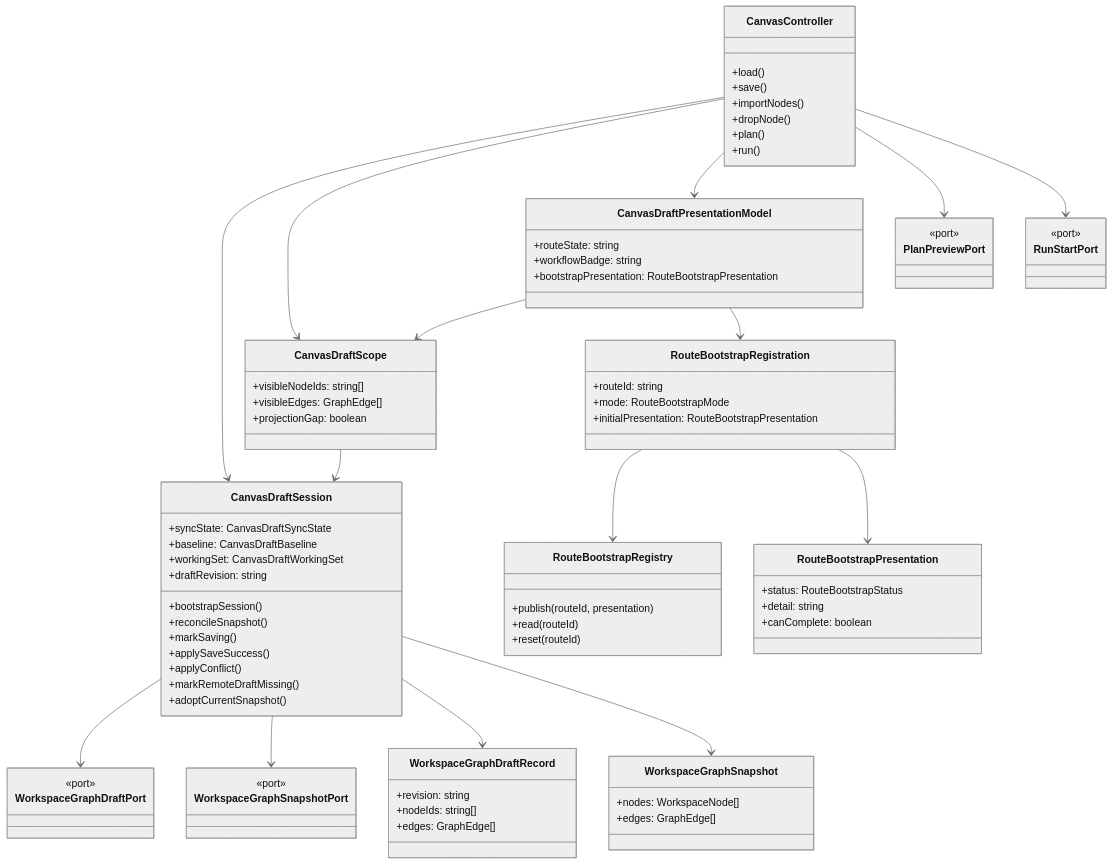
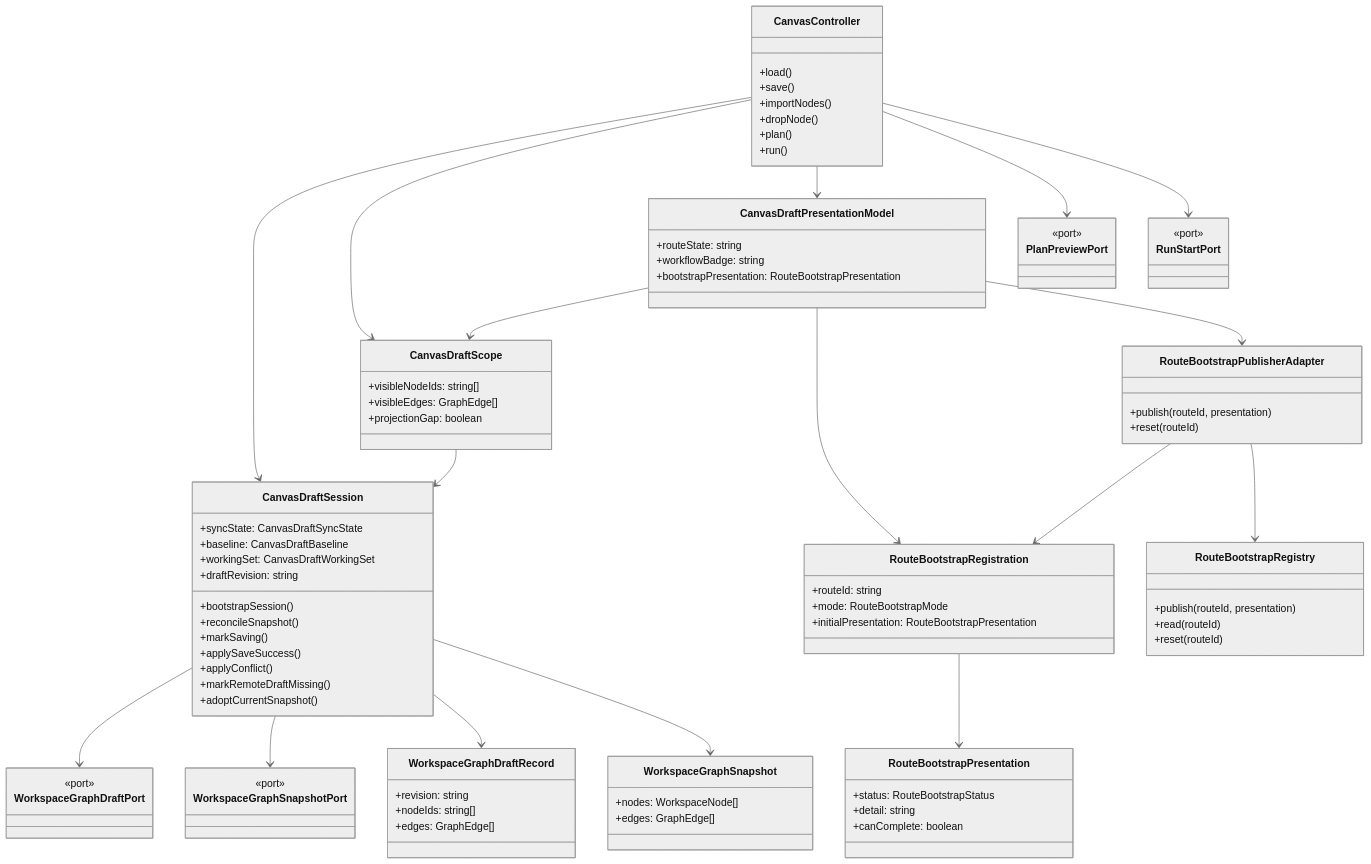
One commit to dunay2/dvt changed the fourth of 9 diagrams in docs/planning/proposals/mandatory/frontend-and-ux/tf-e2-canvas-target-architecture-execution-plan-20260417.md. Above: the diagram before and after it, drawn with Mermaid (neutral theme). The commit also changed other lines of this file and 34 other files, not shown here.

Commit message:
refactor(web): Split route bootstrap ownership and align graph docs

````diff
--- a/docs/planning/proposals/mandatory/frontend-and-ux/tf-e2-canvas-target-architecture-execution-plan-20260417.md
+++ b/docs/planning/proposals/mandatory/frontend-and-ux/tf-e2-canvas-target-architecture-execution-plan-20260417.md
@@ -364,6 +402,11 @@
   class RouteBootstrapRegistry {
     +publish(routeId, presentation)
     +read(routeId)
+    +reset(routeId)
+  }
+
+  class RouteBootstrapPublisherAdapter {
+    +publish(routeId, presentation)
     +reset(routeId)
   }
 
@@ -441,6 +484,8 @@
   CanvasDraftScope --> CanvasDraftSession
   CanvasDraftPresentationModel --> CanvasDraftScope
   CanvasDraftPresentationModel --> RouteBootstrapRegistration
-  RouteBootstrapRegistration --> RouteBootstrapRegistry
+  CanvasDraftPresentationModel --> RouteBootstrapPublisherAdapter
+  RouteBootstrapPublisherAdapter --> RouteBootstrapRegistration
+  RouteBootstrapPublisherAdapter --> RouteBootstrapRegistry
   RouteBootstrapRegistration --> RouteBootstrapPresentation
 ```
````
